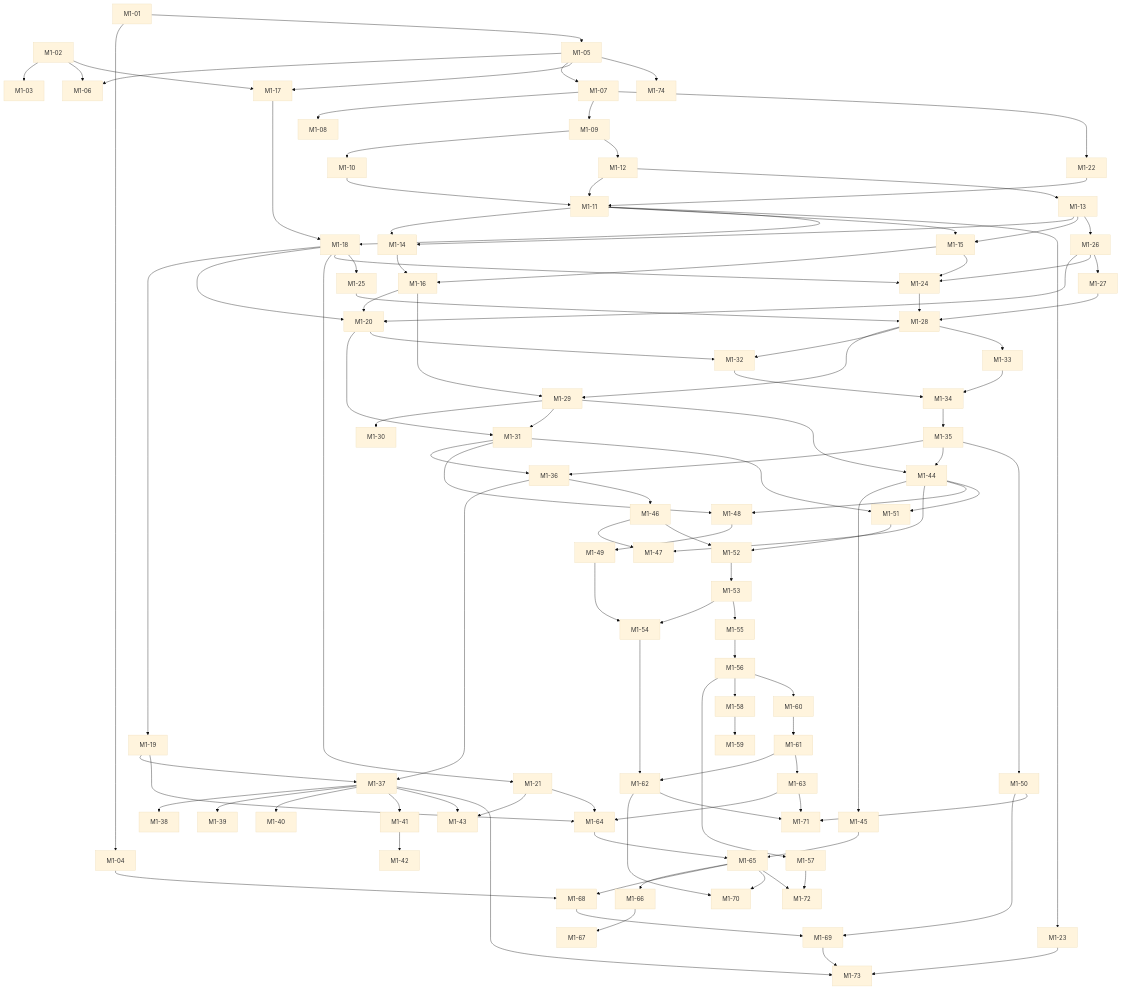
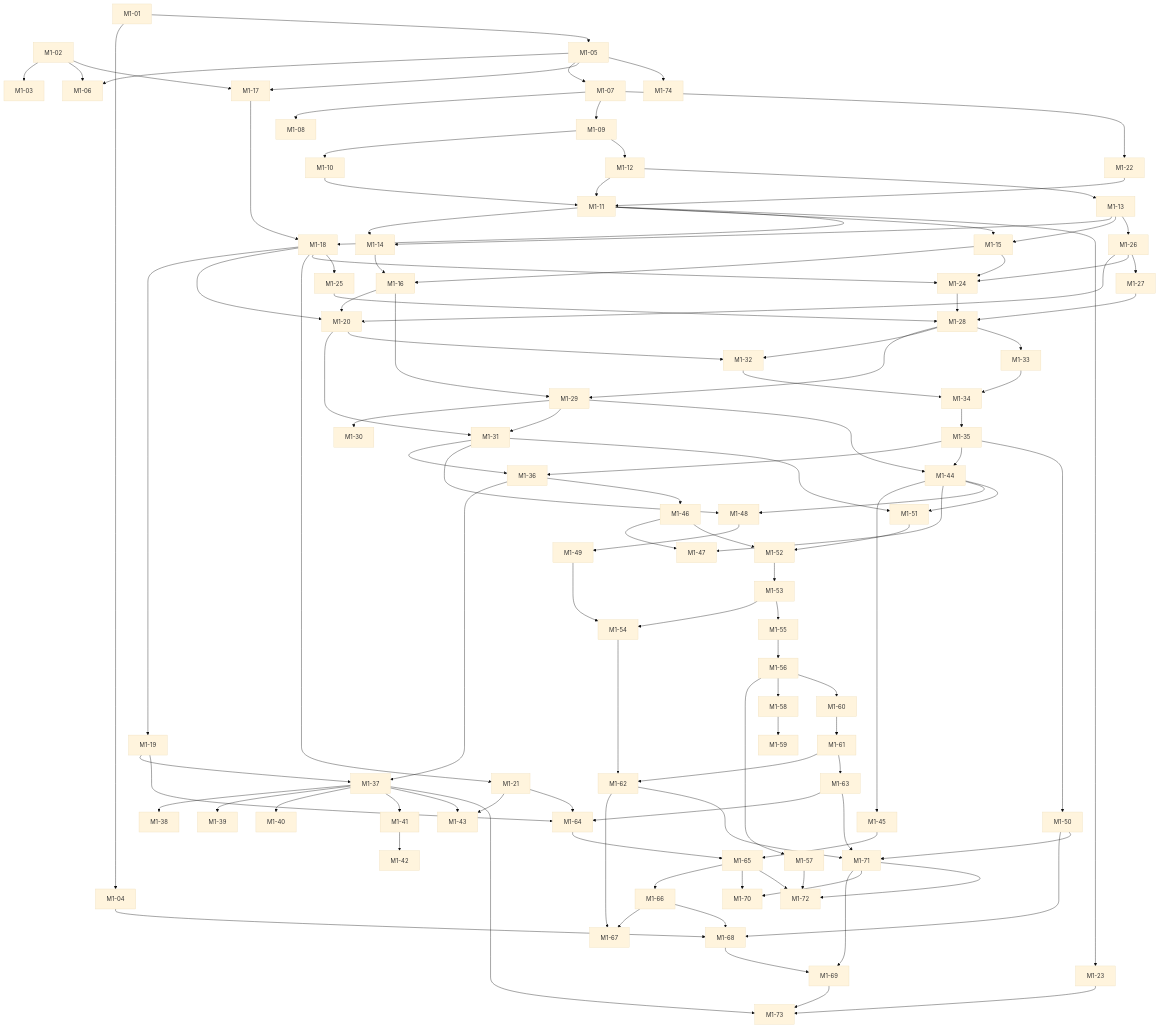
The diagram in docs/briefs/README.md (mguttmann/bothy), drawn with Mermaid (base theme) before and after one commit. The commit also changed other lines of this file and 37 other files, not shown here.

```diff
--- a/docs/briefs/README.md
+++ b/docs/briefs/README.md
@@ -320,18 +321,21 @@
   M1_45 --> M1_65
   M1_64 --> M1_65
   M1_65 --> M1_66
+  M1_62 --> M1_67
   M1_66 --> M1_67
   M1_04 --> M1_68
-  M1_65 --> M1_68
-  M1_50 --> M1_69
+  M1_50 --> M1_68
+  M1_66 --> M1_68
   M1_68 --> M1_69
-  M1_62 --> M1_70
+  M1_71 --> M1_69
   M1_65 --> M1_70
+  M1_71 --> M1_70
   M1_50 --> M1_71
   M1_62 --> M1_71
   M1_63 --> M1_71
   M1_57 --> M1_72
   M1_65 --> M1_72
+  M1_71 --> M1_72
   M1_23 --> M1_73
   M1_37 --> M1_73
   M1_69 --> M1_73
```
